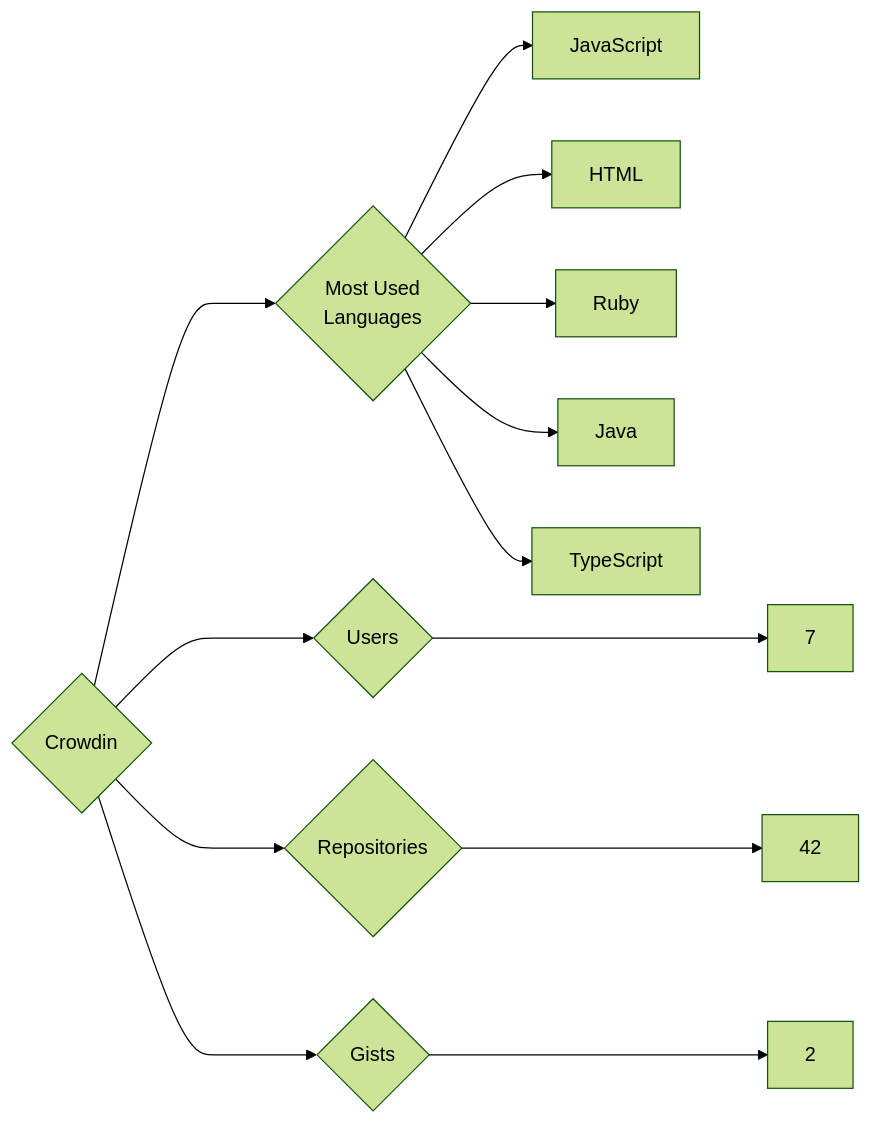
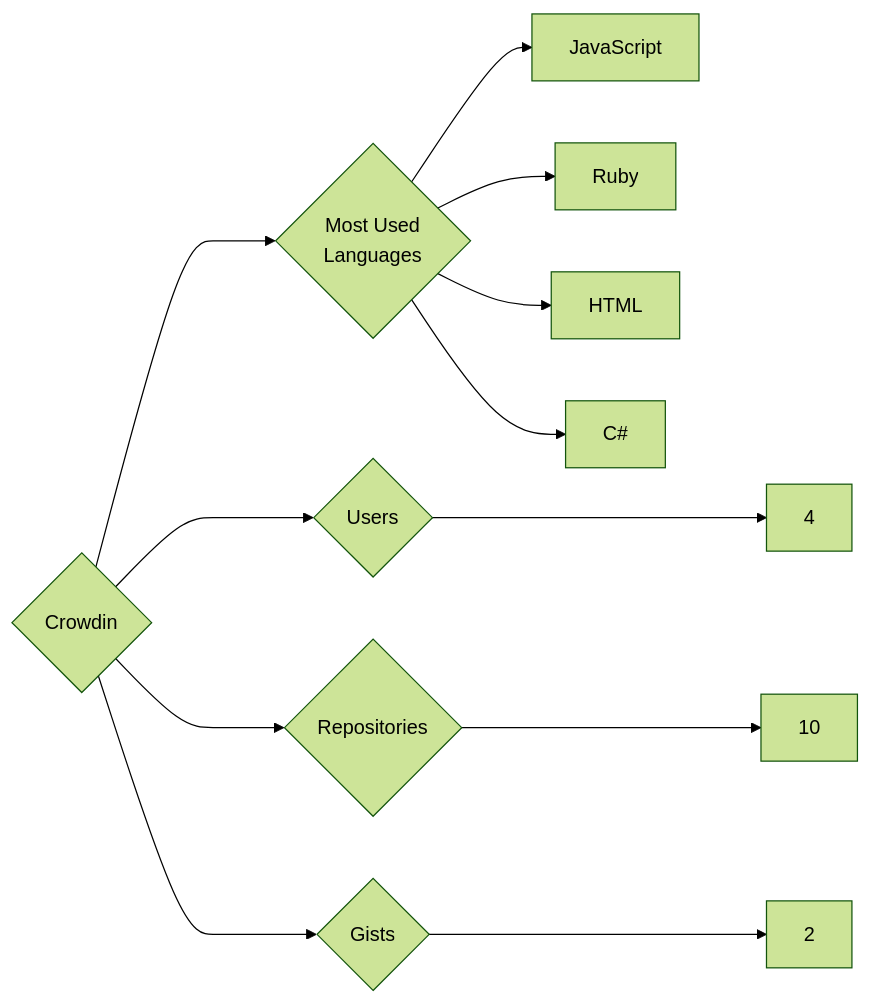
The diagram in targets/Crowdin/README.md (trickest/insiders), drawn with Mermaid (forest theme) before and after one commit. The commit also changed 1166 other files, not shown here.

````diff
--- a/targets/Crowdin/README.md
+++ b/targets/Crowdin/README.md
@@ -3,13 +3,12 @@
 ```mermaid
 graph LR
 COMPANY_NAME{Crowdin}
-COMPANY_NAME ---> U{Users} ---> UN[7]
-COMPANY_NAME ---> R{Repositories} ---> RN[42]
+COMPANY_NAME ---> U{Users} ---> UN[4]
+COMPANY_NAME ---> R{Repositories} ---> RN[10]
 COMPANY_NAME ---> G{Gists} ---> GN[2]
 COMPANY_NAME ---> ML{Most Used<br>Languages}
 ML --> JavaScript[JavaScript]
+ML --> Ruby[Ruby]
 ML --> HTML[HTML]
-ML --> Ruby[Ruby]
-ML --> Java[Java]
-ML --> TypeScript[TypeScript]
+ML --> C#[C#]
 ```
````
